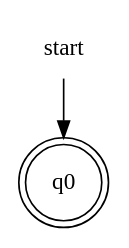
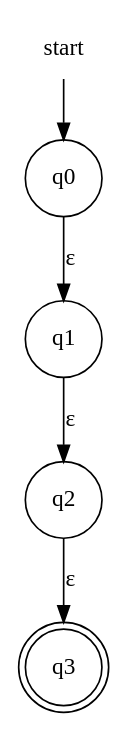
Before and after one commit to evertheylen/TA_TO: the diagram in Helix/testbestanden/Re-eNFA/Expectedfile3.dot, drawn with Graphviz. The commit also changed 5 other files, not shown here.

```diff
--- a/Helix/testbestanden/Re-eNFA/Expectedfile3.dot
+++ b/Helix/testbestanden/Re-eNFA/Expectedfile3.dot
@@ -1,6 +1,9 @@
 digraph automaton {
     node [shape=none]; start;
-    node [shape=doublecircle]; "q0";
+    node [shape=doublecircle]; "q3";
     node [shape=circle];
     start -> "q0";
+    "q0" -> "q1" [label="&epsilon;"];
+    "q1" -> "q2" [label="&epsilon;"];
+    "q2" -> "q3" [label="&epsilon;"];
 }
```
